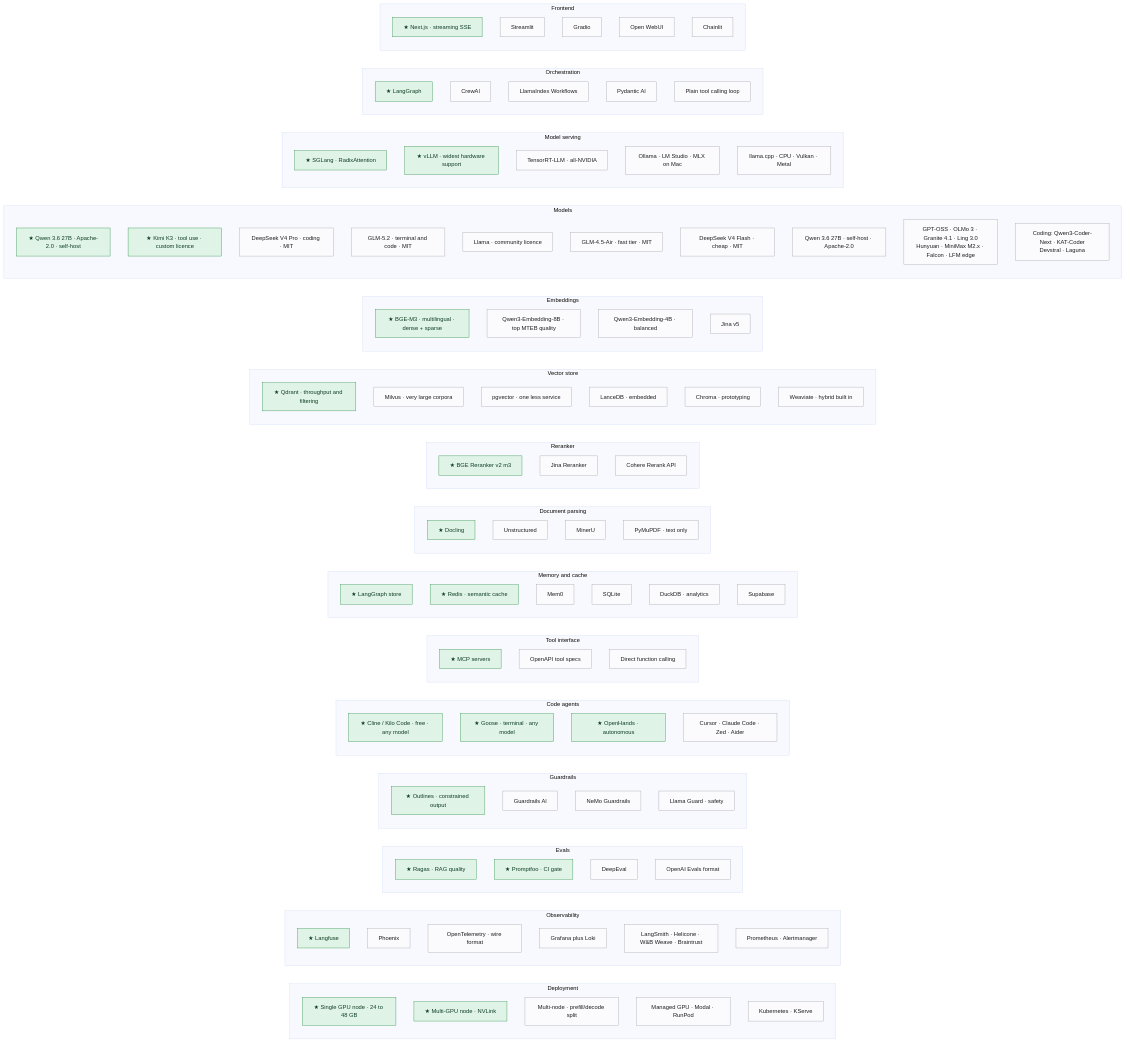
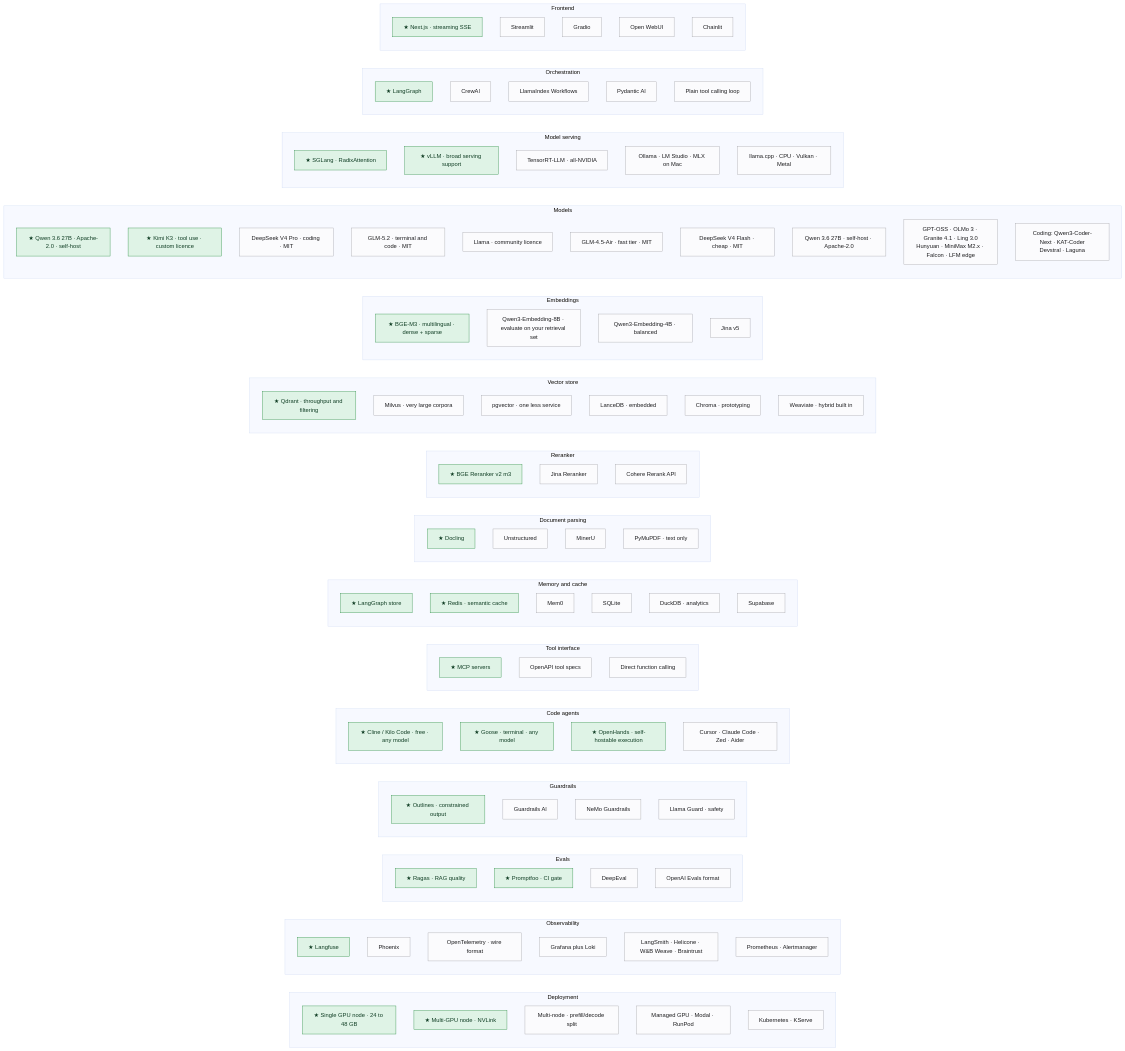
The diagram in diagrams/src/technology-catalogue.mmd (mlvpatel/open-weight-agent-stack), drawn with Mermaid (base theme) before and after one commit. The commit also changed 11 other files, not shown here.

```diff
--- a/diagrams/src/technology-catalogue.mmd
+++ b/diagrams/src/technology-catalogue.mmd
@@ -1,111 +1,111 @@
 flowchart LR
     subgraph CAT_DP["Deployment"]
         DP1["★ Single GPU node · 24 to 48 GB"]
         DP2["★ Multi-GPU node · NVLink"]
         DP3["Multi-node · prefill/decode split"]
         DP4["Managed GPU · Modal · RunPod"]
         DP5["Kubernetes · KServe"]
     end
     subgraph CAT_OB["Observability"]
         OB1["★ Langfuse"]
         OB2["Phoenix"]
         OB3["OpenTelemetry · wire format"]
         OB4["Grafana plus Loki"]
         OB5["LangSmith · Helicone · W&B Weave · Braintrust"]
         OB6["Prometheus · Alertmanager"]
     end
     subgraph CAT_EV["Evals"]
         EV1["★ Ragas · RAG quality"]
         EV2["★ Promptfoo · CI gate"]
         EV3["DeepEval"]
         EV4["OpenAI Evals format"]
     end
     subgraph CAT_GR["Guardrails"]
         GR1["★ Outlines · constrained output"]
         GR2["Guardrails AI"]
         GR3["NeMo Guardrails"]
         GR4["Llama Guard · safety"]
     end
     subgraph CAT_CA["Code agents"]
         CA1["★ Cline / Kilo Code · free · any model"]
         CA2["★ Goose · terminal · any model"]
-        CA3["★ OpenHands · autonomous"]
+        CA3["★ OpenHands · self-hostable execution"]
         CA4["Cursor · Claude Code · Zed · Aider"]
     end
     subgraph CAT_TL["Tool interface"]
         TL1["★ MCP servers"]
         TL2["OpenAPI tool specs"]
         TL3["Direct function calling"]
     end
     subgraph CAT_ME["Memory and cache"]
         ME1["★ LangGraph store"]
         ME2["★ Redis · semantic cache"]
         ME3["Mem0"]
         ME4["SQLite"]
         ME5["DuckDB · analytics"]
         ME6["Supabase"]
     end
     subgraph CAT_PA["Document parsing"]
         PA1["★ Docling"]
         PA2["Unstructured"]
         PA3["MinerU"]
         PA4["PyMuPDF · text only"]
     end
     subgraph CAT_RR["Reranker"]
         RR1["★ BGE Reranker v2 m3"]
         RR2["Jina Reranker"]
         RR3["Cohere Rerank API"]
     end
     subgraph CAT_VS["Vector store"]
         VS1["★ Qdrant · throughput and filtering"]
         VS2["Milvus · very large corpora"]
         VS3["pgvector · one less service"]
         VS4["LanceDB · embedded"]
         VS5["Chroma · prototyping"]
         VS6["Weaviate · hybrid built in"]
     end
     subgraph CAT_EM["Embeddings"]
         EM1["★ BGE-M3 · multilingual · dense + sparse"]
-        EM2["Qwen3-Embedding-8B · top MTEB quality"]
+        EM2["Qwen3-Embedding-8B · evaluate on your retrieval set"]
         EM3["Qwen3-Embedding-4B · balanced"]
         EM4["Jina v5"]
     end
     subgraph CAT_MD["Models"]
         MD1["★ Qwen 3.6 27B · Apache-2.0 · self-host"]
         MD2["★ Kimi K3 · tool use · custom licence"]
         MD3["DeepSeek V4 Pro · coding · MIT"]
         MD4["GLM-5.2 · terminal and code · MIT"]
         MD5["Llama · community licence"]
         MD6["GLM-4.5-Air · fast tier · MIT"]
         MD7["DeepSeek V4 Flash · cheap · MIT"]
         MD8["Qwen 3.6 27B · self-host · Apache-2.0"]
         MD9["GPT-OSS · OLMo 3 · Granite 4.1 · Ling 3.0<br/>Hunyuan · MiniMax M2.x · Falcon · LFM edge"]
         MD10["Coding: Qwen3-Coder-Next · KAT-Coder<br/>Devstral · Laguna"]
     end
     subgraph CAT_SV["Model serving"]
         SV1["★ SGLang · RadixAttention"]
-        SV2["★ vLLM · widest hardware support"]
+        SV2["★ vLLM · broad serving support"]
         SV3["TensorRT-LLM · all-NVIDIA"]
         SV4["Ollama · LM Studio · MLX on Mac"]
         SV5["llama.cpp · CPU · Vulkan · Metal"]
     end
     subgraph CAT_OR["Orchestration"]
         OR1["★ LangGraph"]
         OR2["CrewAI"]
         OR3["LlamaIndex Workflows"]
         OR4["Pydantic AI"]
         OR5["Plain tool calling loop"]
     end
     subgraph CAT_FE["Frontend"]
         FE1["★ Next.js · streaming SSE"]
         FE2["Streamlit"]
         FE3["Gradio"]
         FE4["Open WebUI"]
         FE5["Chainlit"]
     end
 
     classDef pick fill:#dff3e6,stroke:#248a3d,color:#0f3d23
     classDef alt fill:#fbfbfd,stroke:#a1a1a6,color:#1d1d1f
 
     class FE1,OR1,SV1,SV2,MD1,MD2,EM1,VS1,RR1,PA1,ME1,ME2,TL1,CA1,CA2,CA3,GR1,EV1,EV2,OB1,DP1,DP2 pick
     class FE2,FE3,FE4,FE5,OR2,OR3,OR4,OR5,SV3,SV4,SV5,MD3,MD4,MD5,MD6,MD7,MD8,MD9,MD10,EM2,EM3,EM4,VS2,VS3,VS4,VS5,VS6,RR2,RR3,PA2,PA3,PA4,ME3,ME4,ME5,ME6,TL2,TL3,CA4,GR2,GR3,GR4,EV3,EV4,OB2,OB3,OB4,OB5,OB6,DP3,DP4,DP5 alt
```
